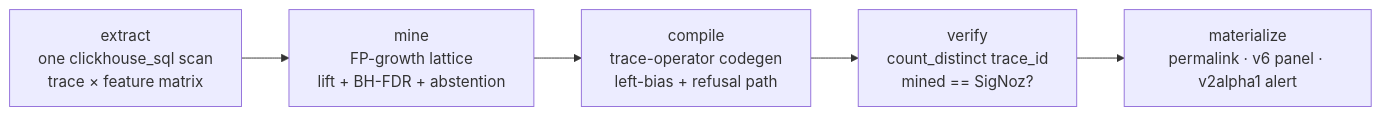
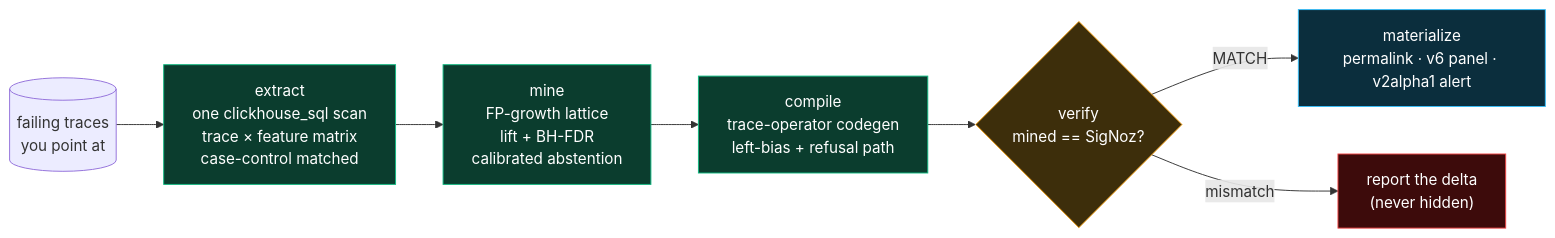
One commit to wiz-abhi/WhodUnit changed the first of 2 diagrams in README.md. Above: the diagram before and after it, drawn with Mermaid. The commit also changed other lines of this file and 1 other file, not shown here.

Commit message:
readme: readability pass — TOC, two mermaid flowcharts (pipeline + SigNoz surfaces), how-it-uses-SigNoz table; reconcile sample board to the seed-778 GIF run with an explicit seed note; revert blog benchmark cell to its real 0.23

````diff
--- a/README.md
+++ b/README.md
@@ -102,7 +66,16 @@
 ```mermaid
 flowchart LR
-    A[extract<br/>one clickhouse_sql scan<br/>trace × feature matrix] --> B[mine<br/>FP-growth lattice<br/>lift + BH-FDR + abstention]
-    B --> C[compile<br/>trace-operator codegen<br/>left-bias + refusal path]
-    C --> D[verify<br/>count_distinct trace_id<br/>mined == SigNoz?]
-    D --> E[materialize<br/>permalink · v6 panel · v2alpha1 alert]
+    X[("failing traces<br/>you point at")] --> A
+    A["extract<br/>one clickhouse_sql scan<br/>trace × feature matrix<br/>case-control matched"]
+    A --> B["mine<br/>FP-growth lattice<br/>lift + BH-FDR<br/>calibrated abstention"]
+    B --> C["compile<br/>trace-operator codegen<br/>left-bias + refusal path"]
+    C --> D{"verify<br/>mined == SigNoz?"}
+    D -- MATCH --> E["materialize<br/>permalink · v6 panel · v2alpha1 alert"]
+    D -- mismatch --> F["report the delta<br/>(never hidden)"]
+    style A fill:#0b3d2e,stroke:#10b981,color:#fff
+    style B fill:#0b3d2e,stroke:#10b981,color:#fff
+    style C fill:#0b3d2e,stroke:#10b981,color:#fff
+    style D fill:#3d2e0b,stroke:#f59e0b,color:#fff
+    style E fill:#0b2e3d,stroke:#38bdf8,color:#fff
+    style F fill:#3d0b0b,stroke:#ef4444,color:#fff
 ```
````
